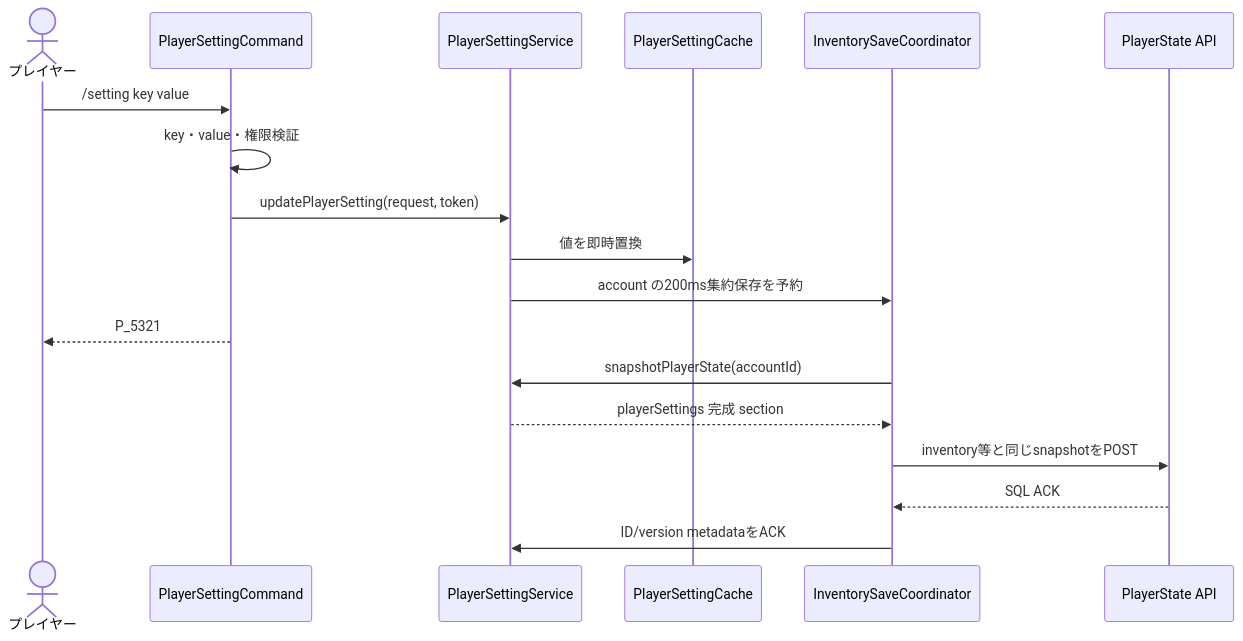
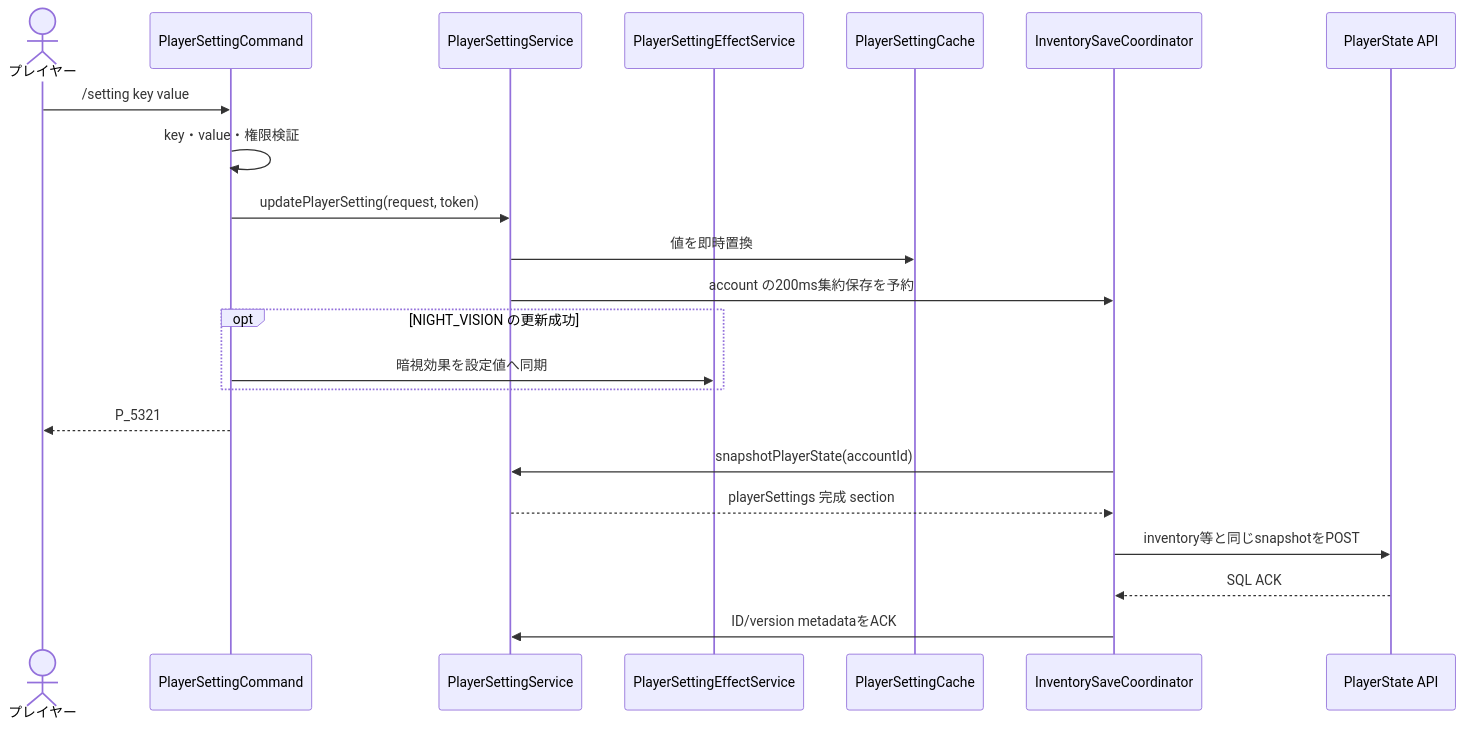
One commit to maaasu/AstralRecord-Workspace changed the second of 3 diagrams in 00_docs/10_Plugin設計書/feature/11-player-setting/11_4-統合フロー.md. Above: the diagram before and after it, drawn with Mermaid. The commit also changed other lines of this file and 20 other files, not shown here.

````diff
--- a/00_docs/10_Plugin設計書/feature/11-player-setting/11_4-統合フロー.md
+++ b/00_docs/10_Plugin設計書/feature/11-player-setting/11_4-統合フロー.md
@@ -44,21 +46,25 @@
 ```mermaid
 sequenceDiagram
     actor Player as プレイヤー
     participant Command as PlayerSettingCommand
     participant Service as PlayerSettingService
+    participant Effect as PlayerSettingEffectService
     participant Cache as PlayerSettingCache
     participant Save as InventorySaveCoordinator
     participant API as PlayerState API
 
     Player->>Command: /setting key value
     Command->>Command: key・value・権限検証
     Command->>Service: updatePlayerSetting(request, token)
     Service->>Cache: 値を即時置換
     Service->>Save: account の200ms集約保存を予約
+    opt NIGHT_VISION の更新成功
+        Command->>Effect: 暗視効果を設定値へ同期
+    end
     Command-->>Player: P_5321
     Save->>Service: snapshotPlayerState(accountId)
     Service-->>Save: playerSettings 完成 section
     Save->>API: inventory等と同じsnapshotをPOST
     API-->>Save: SQL ACK
     Save->>Service: ID/version metadataをACK
 ```
````
